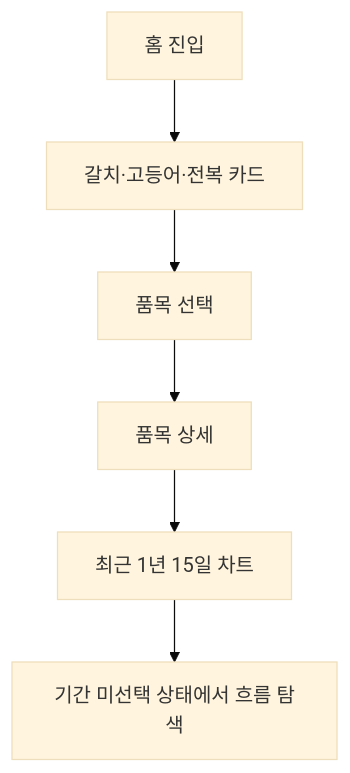
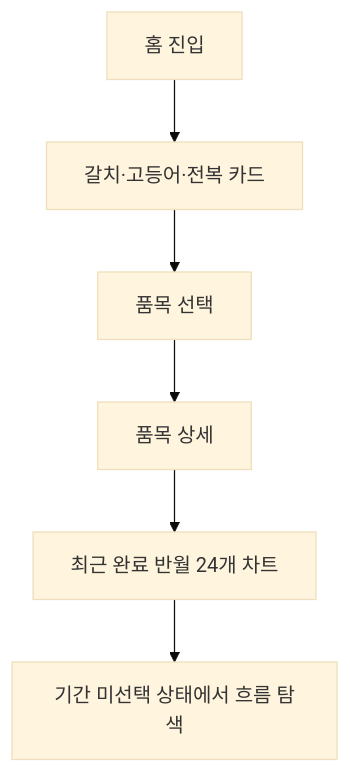
The second of 7 diagrams in MVP/product/ux/UX-001-사용자-흐름-및-정보-구조.md (today-fish/today-fish-docs), drawn with Mermaid (base theme) before and after one commit. The commit also changed other lines of this file and 13 other files, not shown here.

````diff
--- a/MVP/product/ux/UX-001-사용자-흐름-및-정보-구조.md
+++ b/MVP/product/ux/UX-001-사용자-흐름-및-정보-구조.md
@@ -119,8 +119,8 @@
 ```mermaid
 flowchart TD
     A["홈 진입"] --> B["갈치·고등어·전복 카드"]
     B --> C["품목 선택"]
     C --> D["품목 상세"]
-    D --> E["최근 1년 15일 차트"]
+    D --> E["최근 완료 반월 24개 차트"]
     E --> F["기간 미선택 상태에서 흐름 탐색"]
 ```
````
